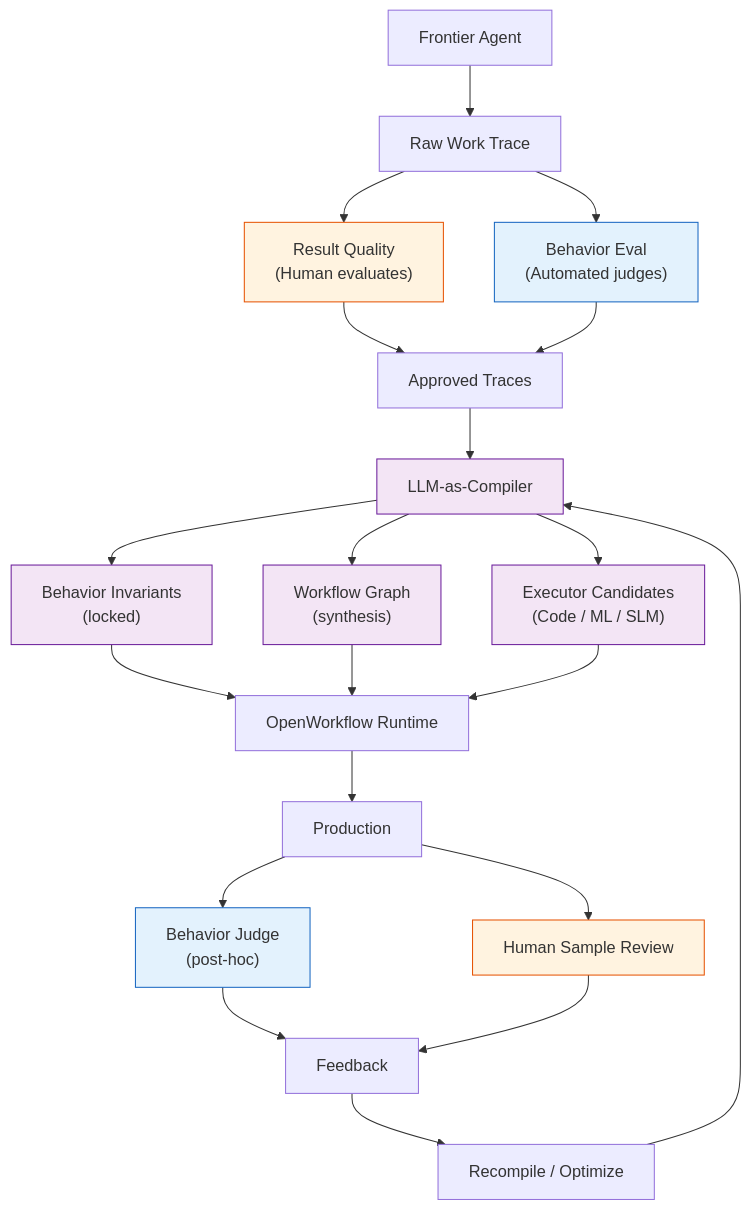
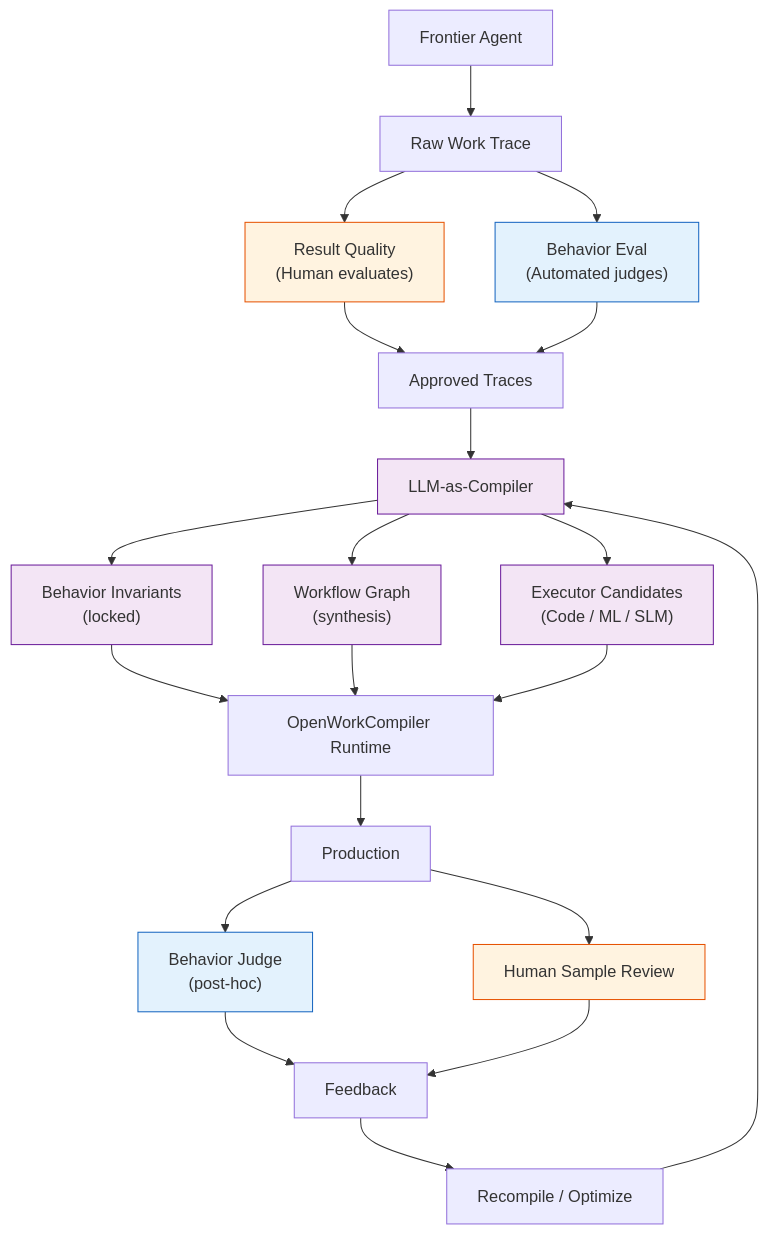
Before and after one commit to baryonlabs/workcompiler: the diagram in docs/behavior-loop.mmd, drawn with Mermaid. The commit also changed 169 other files, not shown here.

First line of the commit message:
rename: OpenWorkflow → OpenWorkCompiler (package, headers, env vars, docs, demo assets); shrink logo/banner

```diff
--- a/docs/behavior-loop.mmd
+++ b/docs/behavior-loop.mmd
@@ -1,43 +1,43 @@
 flowchart TB
     FA["Frontier Agent"]
     RT["Raw Work Trace"]
     RQ["Result Quality<br/>(Human evaluates)"]
     BE["Behavior Eval<br/>(Automated judges)"]
     AT["Approved Traces"]
     LC["LLM-as-Compiler"]
     BI["Behavior Invariants<br/>(locked)"]
     WG["Workflow Graph<br/>(synthesis)"]
     EC["Executor Candidates<br/>(Code / ML / SLM)"]
-    OW["OpenWorkflow Runtime"]
+    OW["OpenWorkCompiler Runtime"]
     PR["Production"]
     BJ["Behavior Judge<br/>(post-hoc)"]
     HS["Human Sample Review"]
     FB["Feedback"]
     RC["Recompile / Optimize"]
 
     FA --> RT
     RT --> RQ
     RT --> BE
     RQ --> AT
     BE --> AT
     AT --> LC
     LC --> BI
     LC --> WG
     LC --> EC
     BI --> OW
     WG --> OW
     EC --> OW
     OW --> PR
     PR --> BJ
     PR --> HS
     BJ --> FB
     HS --> FB
     FB --> RC
     RC --> LC
 
     classDef human fill:#fff3e0,stroke:#e65100,color:#333
     classDef auto fill:#e3f2fd,stroke:#1565c0,color:#333
     classDef backend fill:#f3e5f5,stroke:#6a1b9a,color:#333
     class RQ,HS human
     class BE,BJ auto
     class BI,WG,EC,LC backend
```
